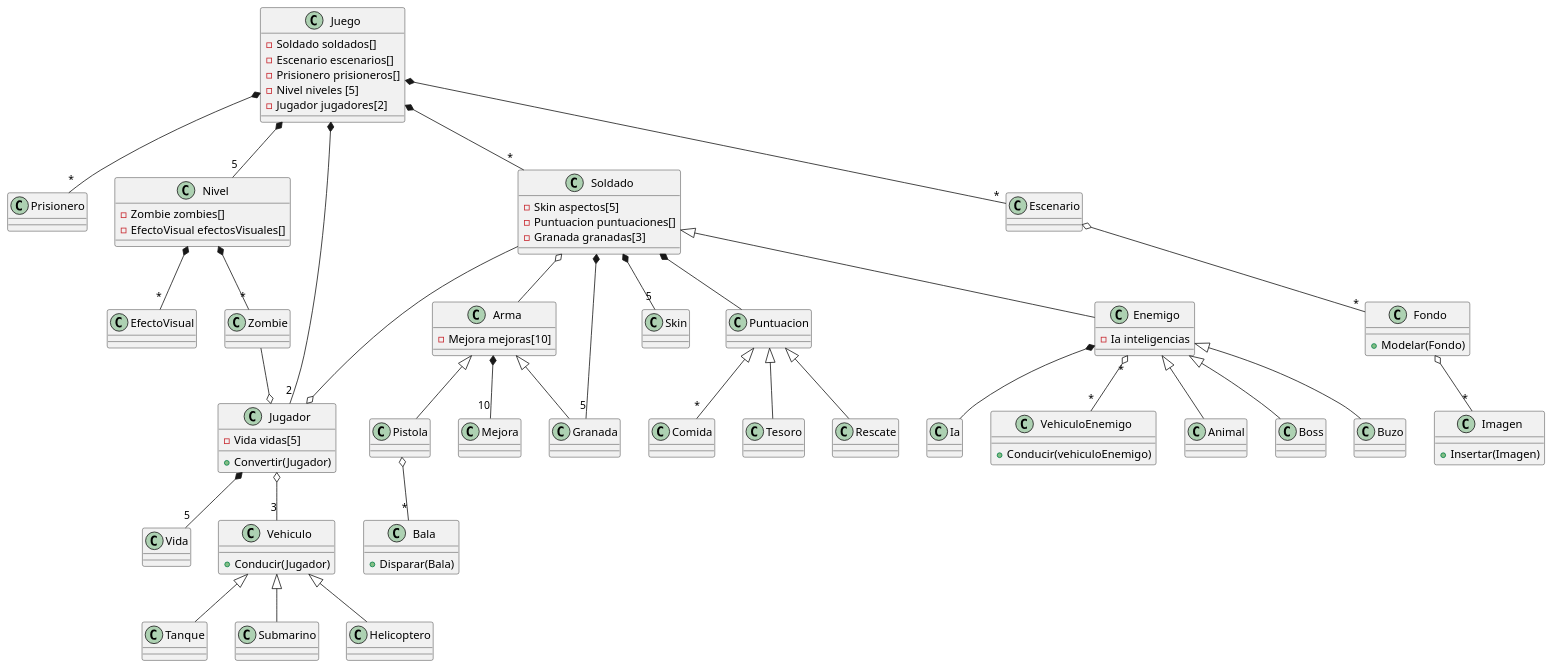
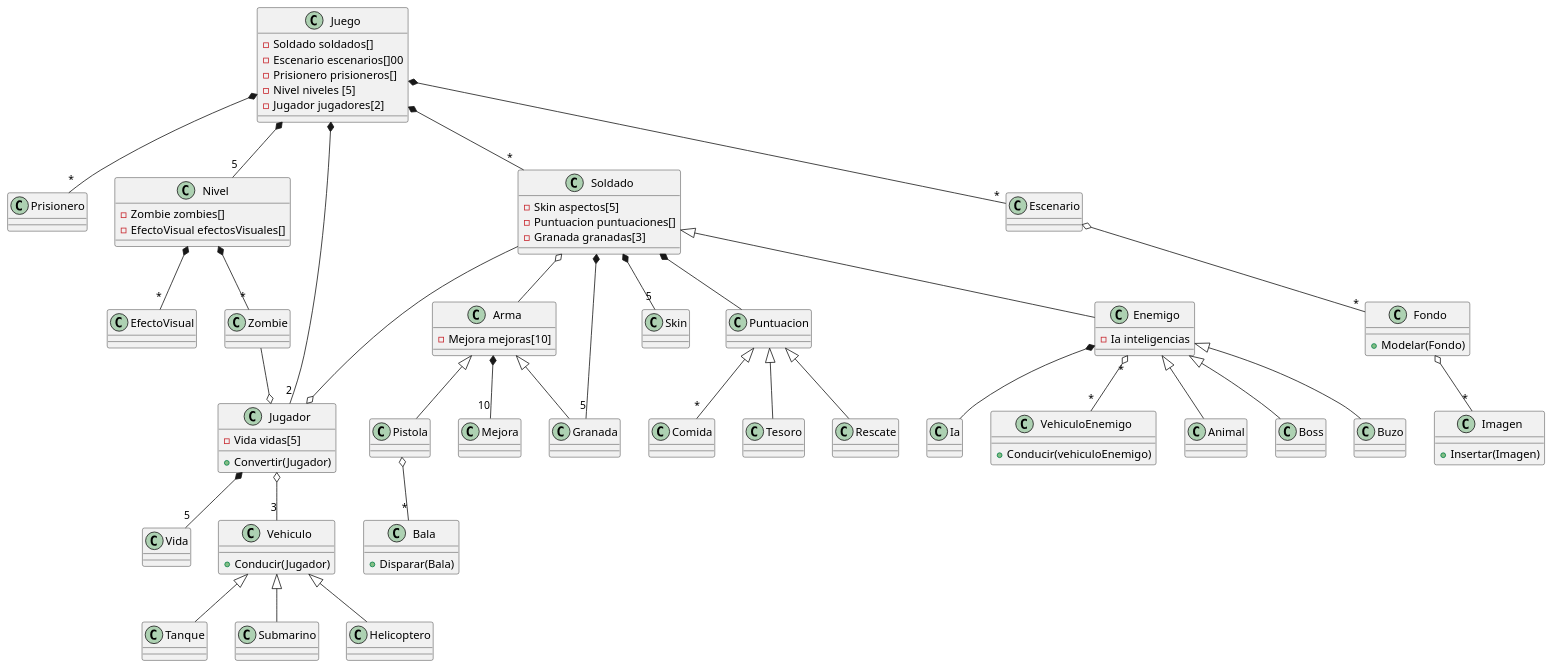
The diagram in Diagrama.puml (EstebanMezzzzza/3F252), drawn with PlantUML before and after one commit.

Commit message:
Diagrama

```diff
--- a/Diagrama.puml
+++ b/Diagrama.puml
@@ -1,96 +1,96 @@
 @startuml
 class Juego{
 - Soldado soldados[]
-- Escenario escenarios[]
+- Escenario escenarios[]00
 - Prisionero prisioneros[]
 - Nivel niveles [5]
 - Jugador jugadores[2]
 }
 class Prisionero 
 class Fondo{
     + Modelar(Fondo)
 }
 class Nivel{
 -Zombie zombies[]
 -EfectoVisual efectosVisuales[]
 }
 class EfectoVisual
 class Imagen{
     +Insertar(Imagen)
 }
 class Escenario
 class Bala{
 +Disparar(Bala)
 }
 class Pistola
 class Soldado{
 -Skin aspectos[5]
 -Puntuacion puntuaciones[]
 -Granada granadas[3]
 }
 class Arma{
 -Mejora mejoras[10]
 }
 class Mejora
 class Granada
 class Skin
 class Vida
 class Jugador{
 + Convertir(Jugador)
 - Vida vidas[5]
 }
 class Vehiculo{
 + Conducir(Jugador)
 }
 class Tanque 
 class Submarino
 class Helicoptero
 class Puntuacion
 class Comida
 class Tesoro
 class Rescate
 class Enemigo{
 - Ia inteligencias
 }
 class Ia
 class VehiculoEnemigo{
     + Conducir(vehiculoEnemigo)
 }
 class Animal
 class Boss
 class Buzo
 class Zombie
 Juego *-- "*" Prisionero
 Juego *-- "*" Escenario
 Juego *-- "*" Soldado
 Juego *-- "2" Jugador
 Juego *-- "5" Nivel
 Soldado --o Jugador
 Jugador o-- "3" Vehiculo
 Zombie --o Jugador
 Vehiculo <|-- Tanque
 Vehiculo <|-- Submarino 
 Vehiculo <|-- Helicoptero
 Soldado <|-- Enemigo
 Enemigo "*" o-- "*" VehiculoEnemigo
 Enemigo *-- Ia
 Enemigo <|-- Animal
 Enemigo <|-- Boss
 Enemigo <|-- Buzo
 Soldado *-- Puntuacion 
 Puntuacion <|-- "*" Comida
 Puntuacion <|-- Tesoro
 Puntuacion <|-- Rescate 
 Jugador *-- "5" Vida
 Soldado o-- Arma
 Soldado *-- "5" Granada
 Arma <|-- Pistola
 Pistola o-- "*" Bala
 Arma <|-- Granada
 Soldado *-- "5" Skin
 Arma *-- "10" Mejora
 Escenario o-- "*" Fondo
 Fondo o-- "*" Imagen
 Nivel *-- "*" EfectoVisual
 Nivel *-- "*" Zombie
 @enduml
```
